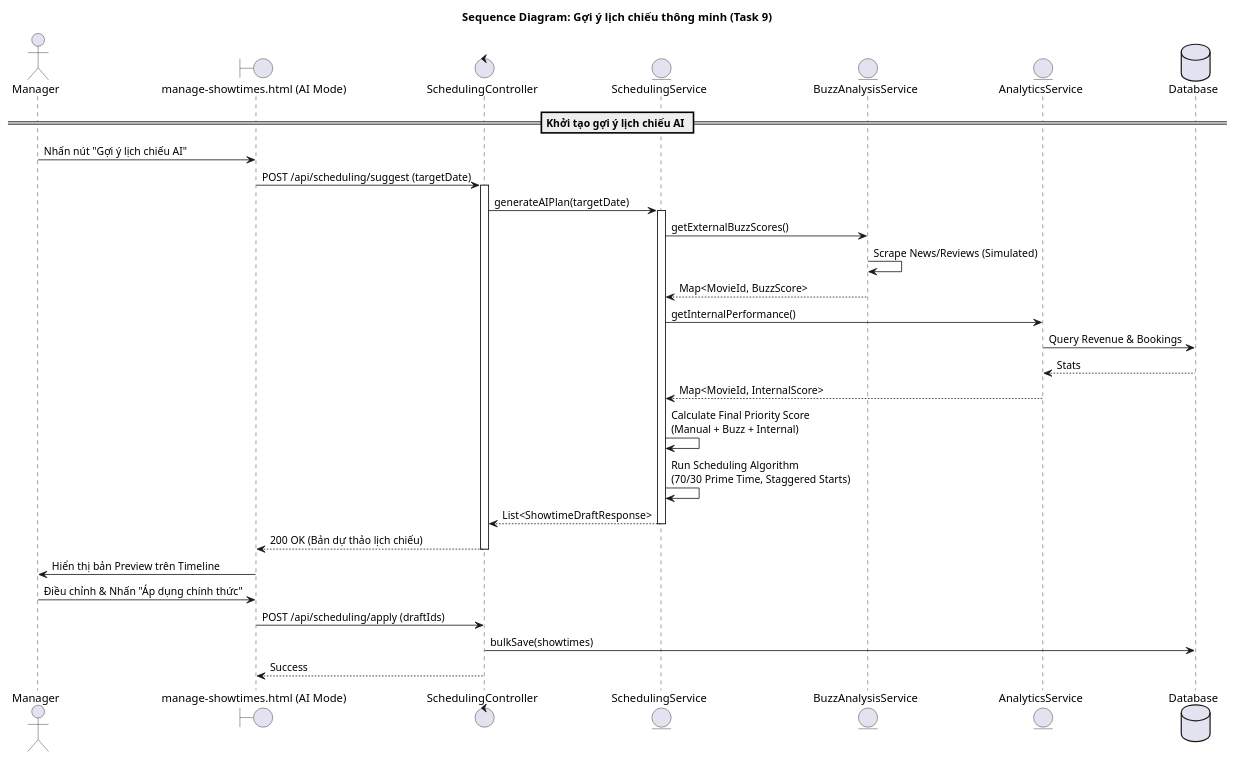
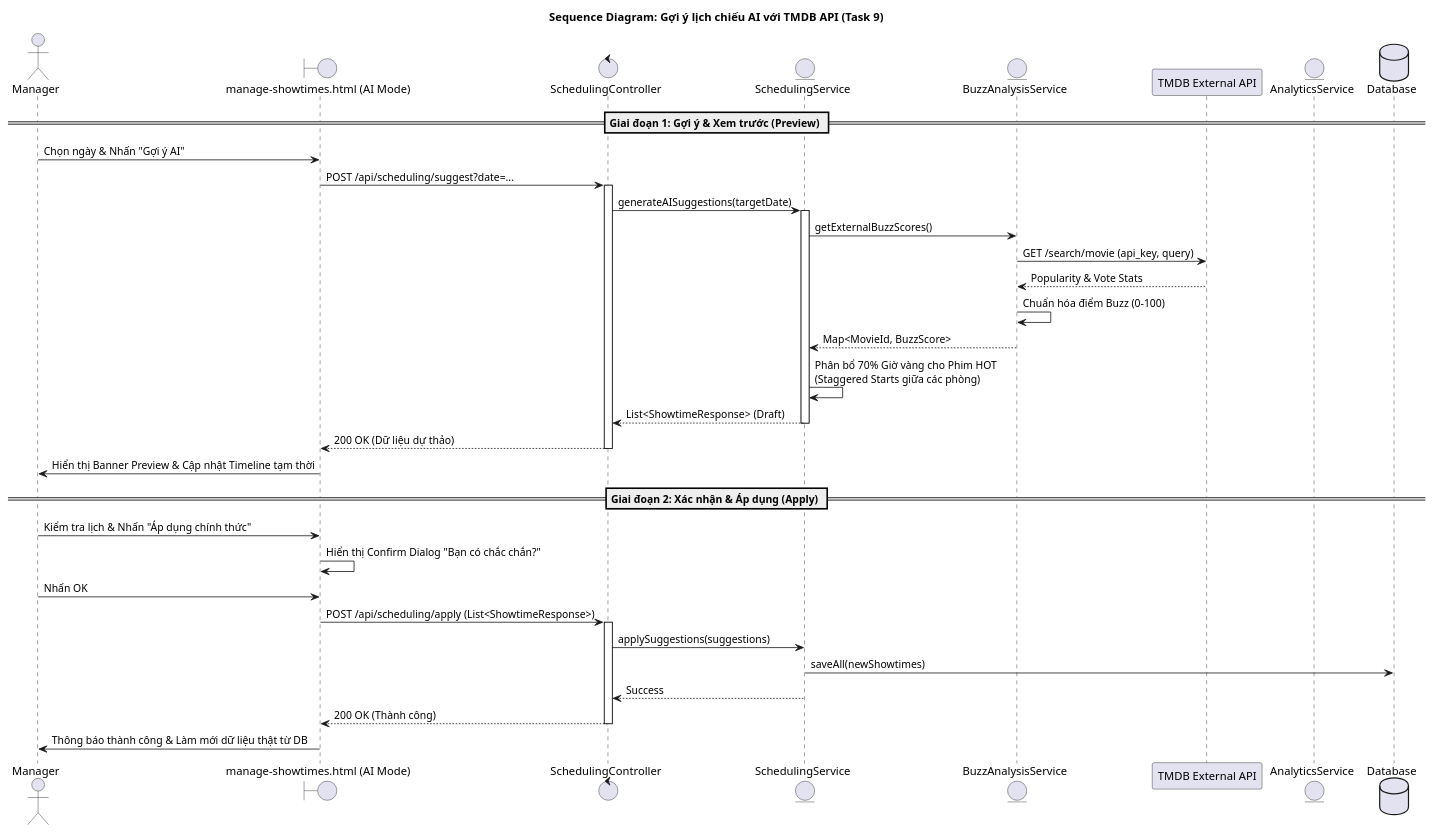
Before and after one commit to vothnha26/Cinema-Management-System: the diagram in uml/sequence/manager_ai_scheduling.puml, drawn with PlantUML. The commit also changed 14 other files, not shown here.

Commit message:
feat(manager): implement system audit logging with Spring AOP and complete management sidebar (Task 8)

```diff
--- a/uml/sequence/manager_ai_scheduling.puml
+++ b/uml/sequence/manager_ai_scheduling.puml
@@ -1,45 +1,53 @@
 @startuml Manager AI Scheduling
-title Sequence Diagram: Gợi ý lịch chiếu thông minh (Task 9)
+title Sequence Diagram: Gợi ý lịch chiếu AI với TMDB API (Task 9)
 skinparam theme cerulean
 
 actor Manager
 boundary "manage-showtimes.html (AI Mode)" as UI
 control "SchedulingController" as Ctrl
 entity "SchedulingService" as Svc
 entity "BuzzAnalysisService" as BuzzSvc
+participant "TMDB External API" as TMDB
 entity "AnalyticsService" as AnalyticsSvc
 database "Database" as DB
 
-== Khởi tạo gợi ý lịch chiếu AI ==
-Manager -> UI: Nhấn nút "Gợi ý lịch chiếu AI"
-UI -> Ctrl: POST /api/scheduling/suggest (targetDate)
+== Giai đoạn 1: Gợi ý & Xem trước (Preview) ==
+Manager -> UI: Chọn ngày & Nhấn "Gợi ý AI"
+UI -> Ctrl: POST /api/scheduling/suggest?date=...
 activate Ctrl
 
-Ctrl -> Svc: generateAIPlan(targetDate)
+Ctrl -> Svc: generateAISuggestions(targetDate)
 activate Svc
 
 Svc -> BuzzSvc: getExternalBuzzScores()
-BuzzSvc -> BuzzSvc: Scrape News/Reviews (Simulated)
+BuzzSvc -> TMDB: GET /search/movie (api_key, query)
+TMDB --> BuzzSvc: Popularity & Vote Stats
+BuzzSvc -> BuzzSvc: Chuẩn hóa điểm Buzz (0-100)
 BuzzSvc --> Svc: Map<MovieId, BuzzScore>
 
-Svc -> AnalyticsSvc: getInternalPerformance()
-AnalyticsSvc -> DB: Query Revenue & Bookings
-DB --> AnalyticsSvc: Stats
-AnalyticsSvc --> Svc: Map<MovieId, InternalScore>
+Svc -> Svc: Phân bổ 70% Giờ vàng cho Phim HOT \n(Staggered Starts giữa các phòng)
 
-Svc -> Svc: Calculate Final Priority Score \n(Manual + Buzz + Internal)
-
-Svc -> Svc: Run Scheduling Algorithm \n(70/30 Prime Time, Staggered Starts)
-
-Svc --> Ctrl: List<ShowtimeDraftResponse>
+Svc --> Ctrl: List<ShowtimeResponse> (Draft)
 deactivate Svc
 
-Ctrl --> UI: 200 OK (Bản dự thảo lịch chiếu)
+Ctrl --> UI: 200 OK (Dữ liệu dự thảo)
 deactivate Ctrl
 
-UI -> Manager: Hiển thị bản Preview trên Timeline
-Manager -> UI: Điều chỉnh & Nhấn "Áp dụng chính thức"
-UI -> Ctrl: POST /api/scheduling/apply (draftIds)
-Ctrl -> DB: bulkSave(showtimes)
-Ctrl --> UI: Success
+UI -> Manager: Hiển thị Banner Preview & Cập nhật Timeline tạm thời
+
+== Giai đoạn 2: Xác nhận & Áp dụng (Apply) ==
+Manager -> UI: Kiểm tra lịch & Nhấn "Áp dụng chính thức"
+UI -> UI: Hiển thị Confirm Dialog "Bạn có chắc chắn?"
+Manager -> UI: Nhấn OK
+
+UI -> Ctrl: POST /api/scheduling/apply (List<ShowtimeResponse>)
+activate Ctrl
+Ctrl -> Svc: applySuggestions(suggestions)
+Svc -> DB: saveAll(newShowtimes)
+Svc --> Ctrl: Success
+deactivate Svc
+Ctrl --> UI: 200 OK (Thành công)
+deactivate Ctrl
+
+UI -> Manager: Thông báo thành công & Làm mới dữ liệu thật từ DB
 @enduml
```
